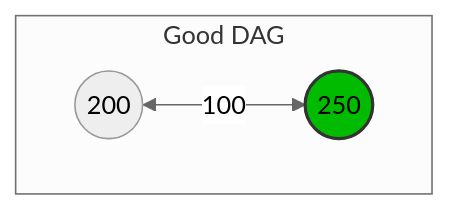
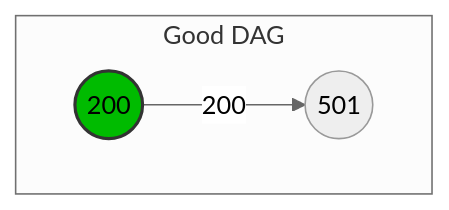
Before and after one commit to algosup/2024-2025-project-3-quickest-path-team-2: the fifth of 17 diagrams in documents/technical/technical_specification.md, drawn with Mermaid (neutral theme). The commit also changed other lines of this file, not shown here.

````diff
--- a/documents/technical/technical_specification.md
+++ b/documents/technical/technical_specification.md
@@ -374,7 +377,7 @@
 ```mermaid
 graph
     subgraph Good DAG
-        a((200)) -- 100 <--> b((250)):::yes
+        a((200)):::yes -- 200 --> b((501))
         classDef yes fill:#0b0,stroke:#333,stroke-width:2px;
     end
 ```
````
